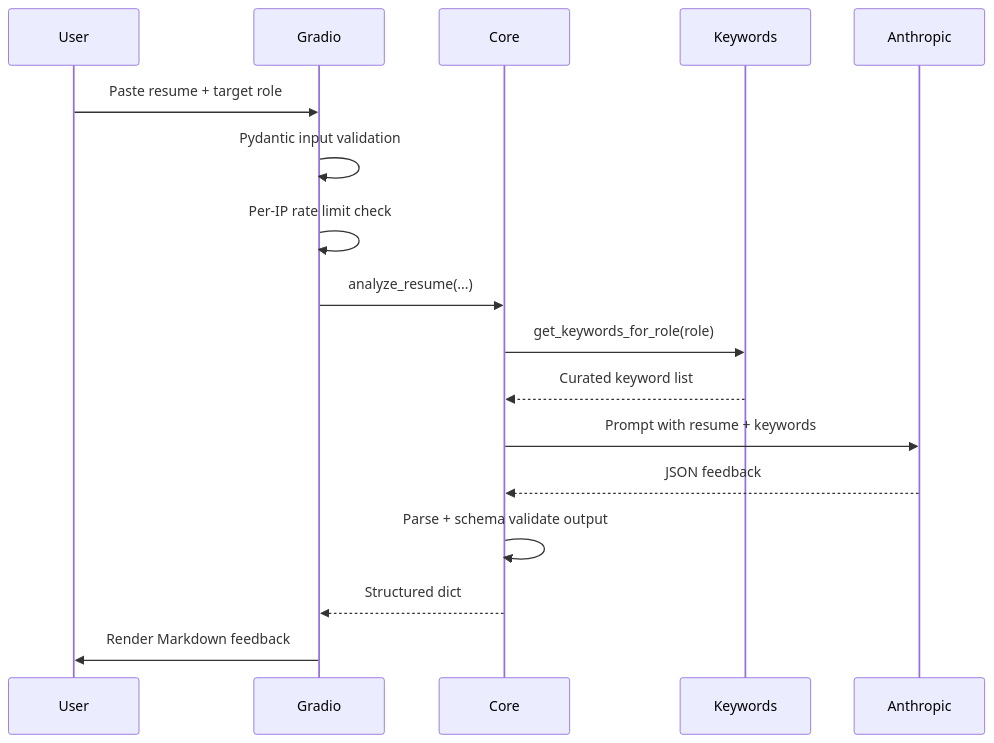
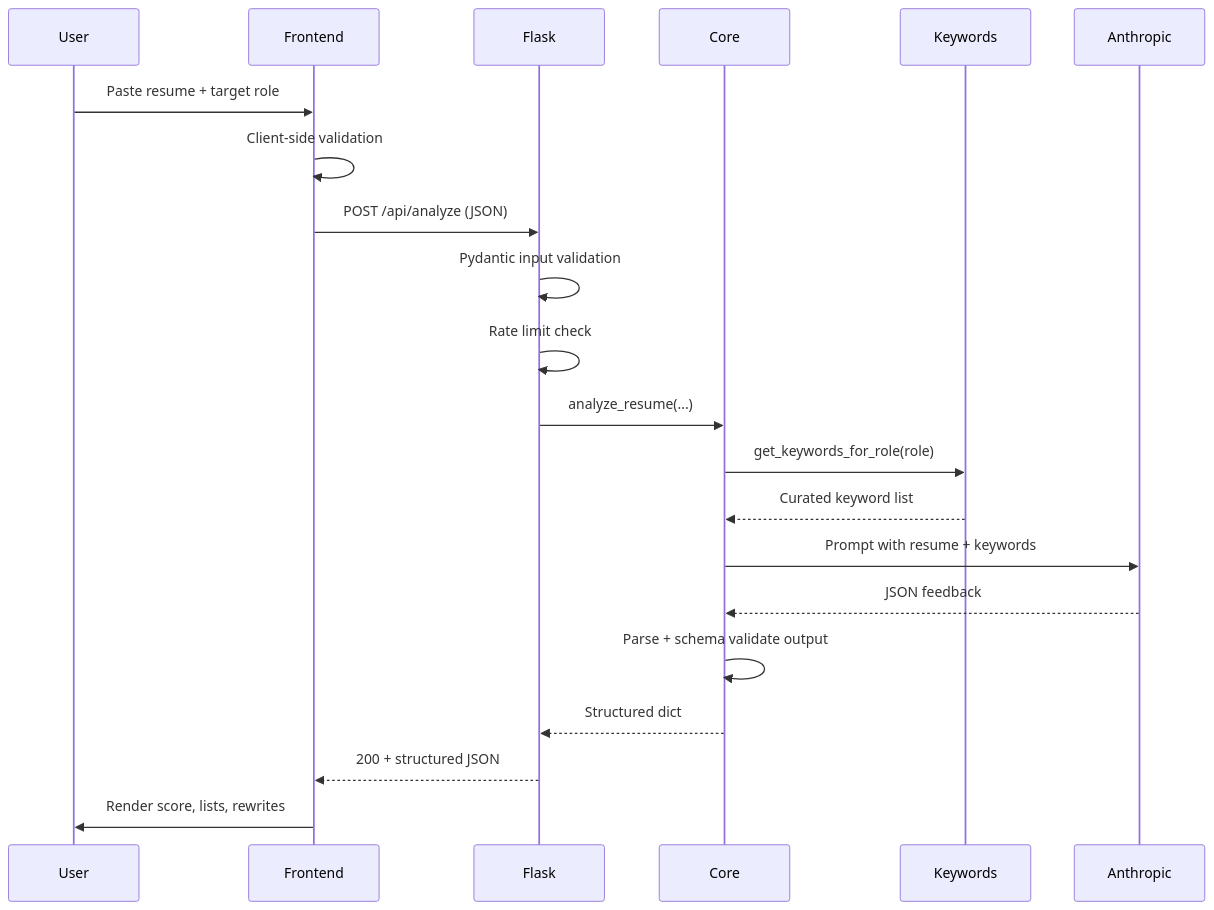
One commit to haseebarif11/desk-review changed the diagram in ARCHITECTURE.md. Above: the diagram before and after it, drawn with Mermaid. The commit also changed other lines of this file and 13 other files, not shown here.

First line of the commit message:
﻿Revert Gradio UI to Flask for Render deployment.

````diff
--- a/ARCHITECTURE.md
+++ b/ARCHITECTURE.md
@@ -7,20 +7,24 @@
 ```mermaid
 sequenceDiagram
     participant User
-    participant Gradio
+    participant Frontend
+    participant Flask
     participant Core
     participant Keywords
     participant Anthropic
 
-    User->>Gradio: Paste resume + target role
-    Gradio->>Gradio: Pydantic input validation
-    Gradio->>Gradio: Per-IP rate limit check
-    Gradio->>Core: analyze_resume(...)
+    User->>Frontend: Paste resume + target role
+    Frontend->>Frontend: Client-side validation
+    Frontend->>Flask: POST /api/analyze (JSON)
+    Flask->>Flask: Pydantic input validation
+    Flask->>Flask: Rate limit check
+    Flask->>Core: analyze_resume(...)
     Core->>Keywords: get_keywords_for_role(role)
     Keywords-->>Core: Curated keyword list
     Core->>Anthropic: Prompt with resume + keywords
     Anthropic-->>Core: JSON feedback
     Core->>Core: Parse + schema validate output
-    Core-->>Gradio: Structured dict
-    Gradio->>User: Render Markdown feedback
+    Core-->>Flask: Structured dict
+    Flask-->>Frontend: 200 + structured JSON
+    Frontend->>User: Render score, lists, rewrites
 ```
````
